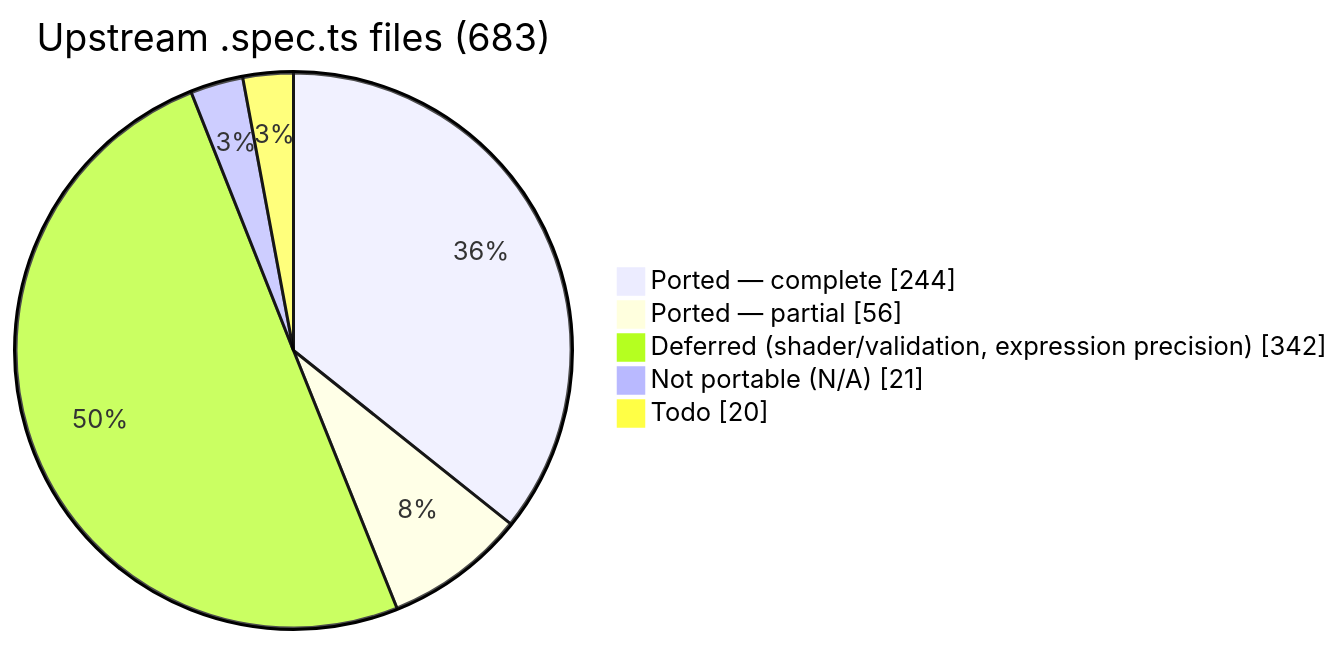
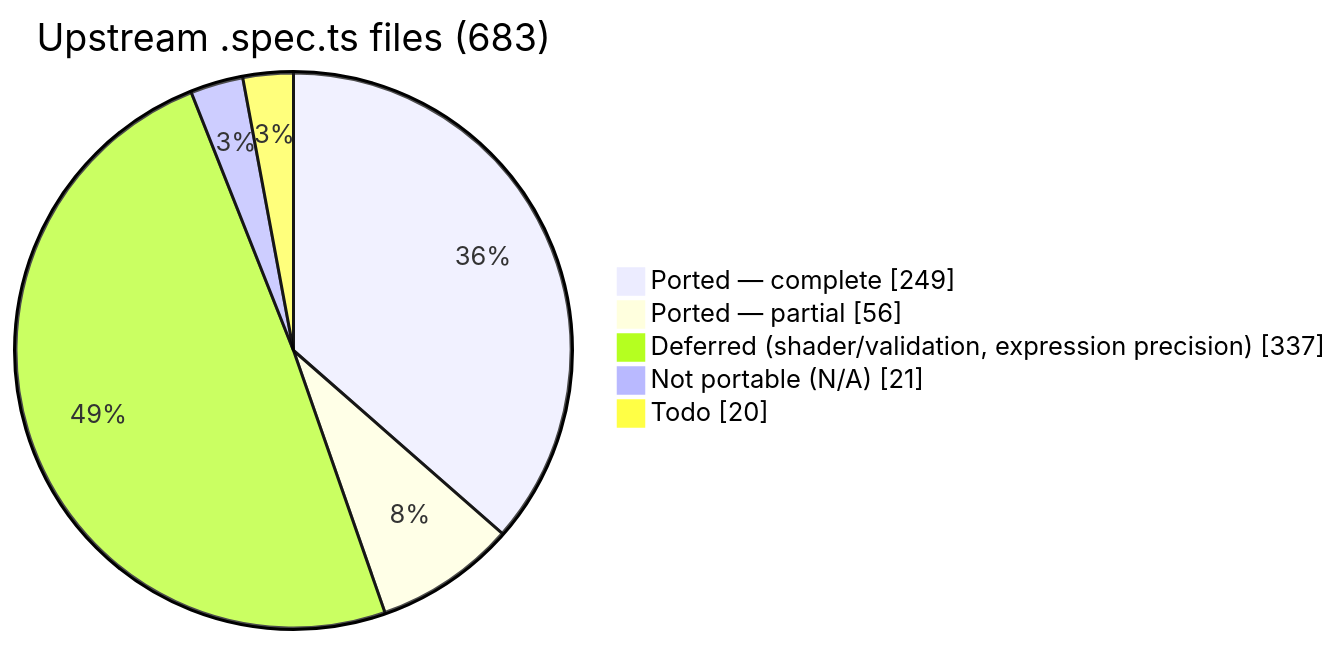
Before and after one commit to infosia/webgpu-native-cts: the first of 2 diagrams in README.md, drawn with Mermaid. The commit also changed other lines of this file and 1 other file, not shown here.

First line of the commit message:
docs(README,COVERAGE): reflect phaseY12 access/* (P3 complete)

````diff
--- a/README.md
+++ b/README.md
@@ -108,9 +111,9 @@
 ```mermaid
 pie showData
     title Upstream .spec.ts files (683)
-    "Ported — complete" : 244
+    "Ported — complete" : 249
     "Ported — partial" : 56
-    "Deferred (shader/validation, expression precision)" : 342
+    "Deferred (shader/validation, expression precision)" : 337
     "Not portable (N/A)" : 21
     "Todo" : 20
 ```
````
